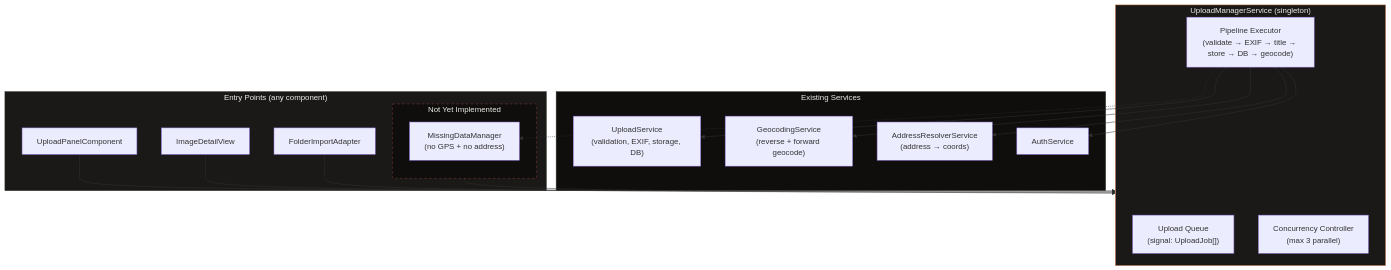
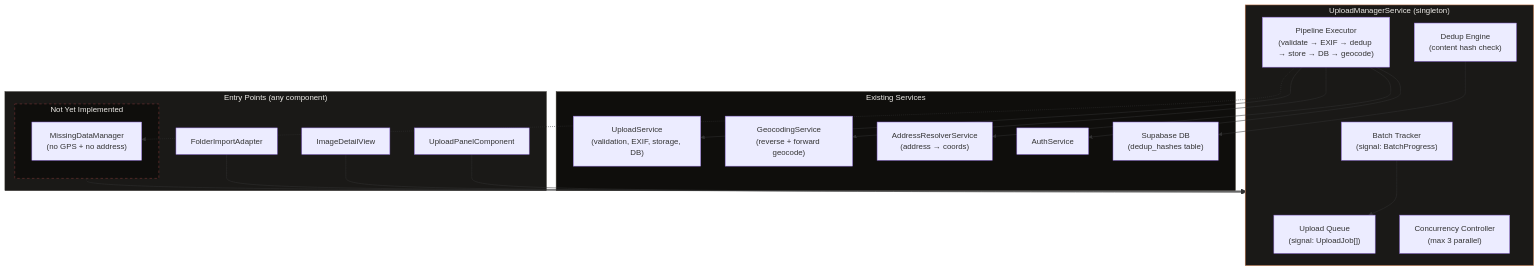
The first of 9 diagrams in docs/element-specs/upload-manager.md (matkleve/feldpost), drawn with Mermaid before and after one commit. The commit also changed other lines of this file and 4 other files, not shown here.

Commit message:
feat(upload): enhance upload panel with folder selection and batch progress indicators

````diff
--- a/docs/element-specs/upload-manager.md
+++ b/docs/element-specs/upload-manager.md
@@ -21,42 +21,47 @@
 ```mermaid
 graph TB
   subgraph EntryPoints["Entry Points (any component)"]
     Panel["UploadPanelComponent"]
     Detail["ImageDetailView"]
     Folder["FolderImportAdapter"]
     Future["Future entry points…"]
   end
 
   subgraph Manager["UploadManagerService (singleton)"]
     Queue["Upload Queue<br/>(signal: UploadJob[])"]
     Concurrency["Concurrency Controller<br/>(max 3 parallel)"]
-    Pipeline["Pipeline Executor<br/>(validate → EXIF → title → store → DB → geocode)"]
+    Pipeline["Pipeline Executor<br/>(validate → EXIF → dedup → store → DB → geocode)"]
+    Dedup["Dedup Engine<br/>(content hash check)"]
+    BatchTracker["Batch Tracker<br/>(signal: BatchProgress)"]
   end
 
   subgraph Services["Existing Services"]
     Upload["UploadService<br/>(validation, EXIF, storage, DB)"]
     Geocoding["GeocodingService<br/>(reverse + forward geocode)"]
     Resolver["AddressResolverService<br/>(address → coords)"]
     Auth["AuthService"]
+    DB["Supabase DB<br/>(dedup_hashes table)"]
   end
 
   subgraph Future["Not Yet Implemented"]
     MissingData["MissingDataManager<br/>(no GPS + no address)"]
   end
 
   Panel --> Manager
   Detail --> Manager
   Folder --> Manager
   Future --> Manager
 
   Pipeline --> Upload
   Pipeline --> Geocoding
   Pipeline --> Resolver
   Pipeline --> Auth
   Pipeline -.-> MissingData
+  Dedup --> DB
+  BatchTracker --> Queue
 
   style Manager fill:#1a1917,stroke:#CC7A4A,color:#EDEBE7
   style EntryPoints fill:#1a1917,stroke:#2E2B27,color:#EDEBE7
   style Services fill:#0F0E0C,stroke:#3D3830,color:#EDEBE7
   style Future fill:#0F0E0C,stroke:#8B3A3A,color:#EDEBE7,stroke-dasharray: 5 5
 ```
````
